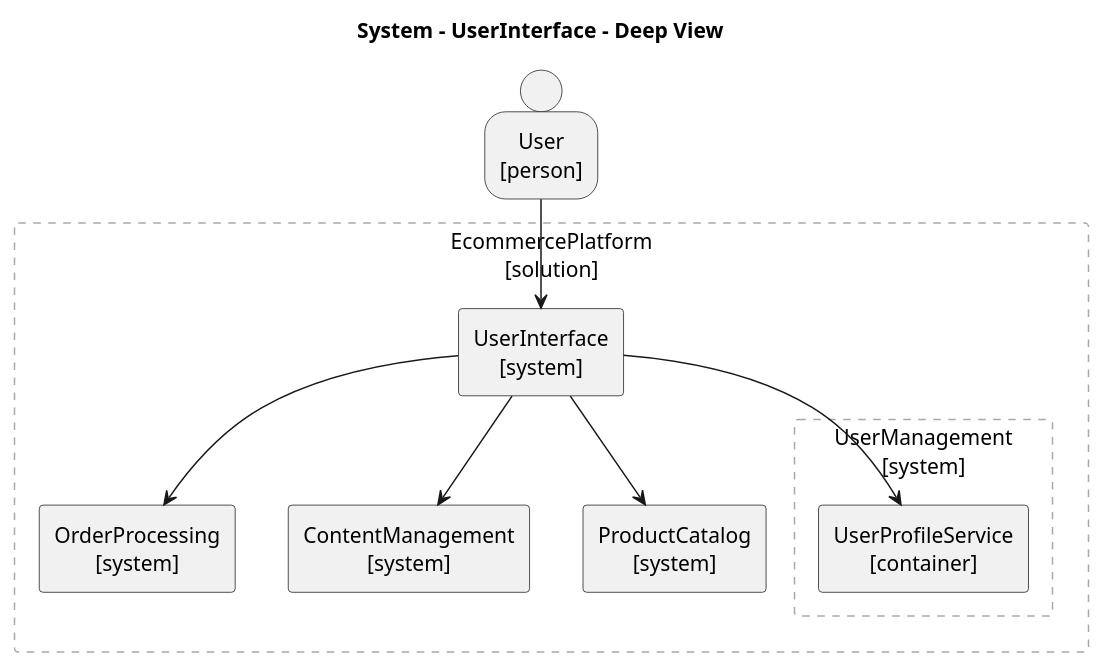
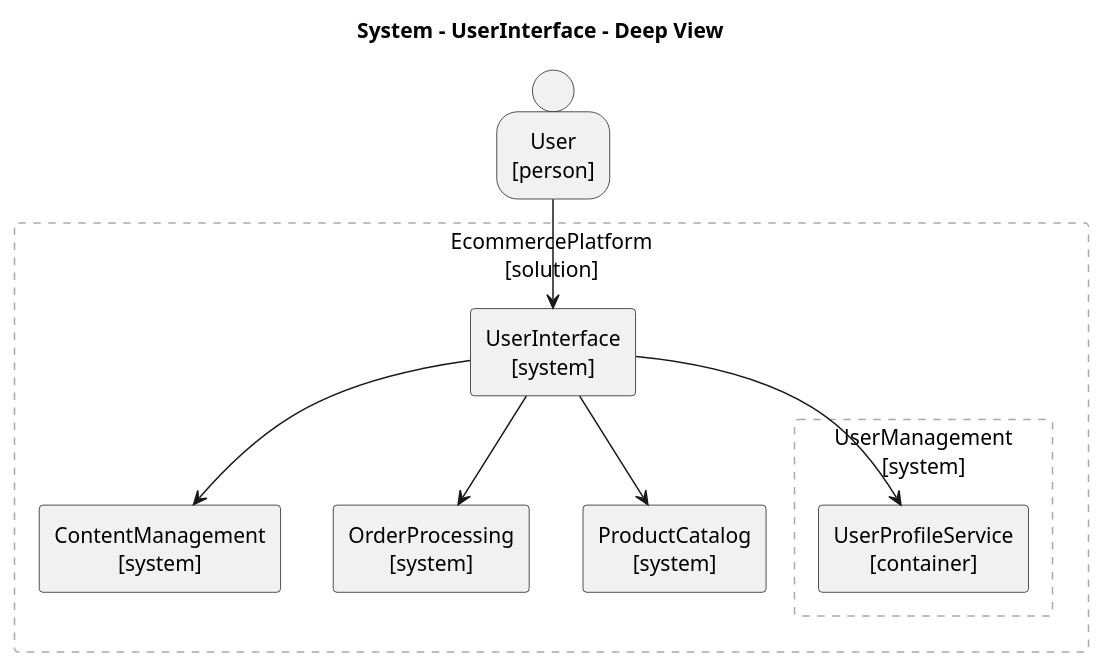
One commit to tmorin/archicode changed the diagram in src/doc/examples/design_example_step_3/views/plantuml/application/EcommercePlatform.UserInterface_deep.puml. Above: the diagram before and after it, drawn with PlantUML. The commit also changed other lines of this file and 37 other files, not shown here.

```diff
--- a/src/doc/examples/design_example_step_3/views/plantuml/application/EcommercePlatform.UserInterface_deep.puml
+++ b/src/doc/examples/design_example_step_3/views/plantuml/application/EcommercePlatform.UserInterface_deep.puml
@@ -1,49 +1,49 @@
 @startuml EcommercePlatform.UserInterface_deep
 title System - UserInterface - Deep View
 skinparam defaultTextAlignment center
 skinparam defaultTextAlignment<<atomic>> center
 skinparam wrapWidth 200
 skinparam maxMessageSize 150
 hide stereotype
 <style>
 .composite {
 BackgroundColor: transparent
 LineColor: darkgray
 LineStyle: 5
 FontStyle: normal
 }
 </style>
-person User <<atomic>> <<person>> [
-User
-[person]
+rectangle EcommercePlatform as "EcommercePlatform\n[solution]" <<composite>> {
+rectangle EcommercePlatform.ContentManagement <<system>> <<atomic>> [
+ContentManagement
+[system]
 ]
-rectangle EcommercePlatform as "EcommercePlatform\n[solution]" <<composite>> {
 rectangle EcommercePlatform.OrderProcessing <<system>> <<atomic>> [
 OrderProcessing
 [system]
 ]
-rectangle EcommercePlatform.ContentManagement <<system>> <<atomic>> [
-ContentManagement
+rectangle EcommercePlatform.ProductCatalog <<system>> <<atomic>> [
+ProductCatalog
 [system]
 ]
-rectangle EcommercePlatform.ProductCatalog <<system>> <<atomic>> [
-ProductCatalog
+rectangle EcommercePlatform.UserInterface <<system>> <<atomic>> [
+UserInterface
 [system]
 ]
 rectangle EcommercePlatform.UserManagement as "UserManagement\n[system]" <<composite>> {
 rectangle EcommercePlatform.UserManagement.UserProfileService <<container>> <<atomic>> [
 UserProfileService
 [container]
 ]
 }
-rectangle EcommercePlatform.UserInterface <<system>> <<atomic>> [
-UserInterface
-[system]
+}
+person User <<atomic>> <<person>> [
+User
+[person]
 ]
-}
 EcommercePlatform.UserInterface --> EcommercePlatform.ContentManagement
 EcommercePlatform.UserInterface --> EcommercePlatform.OrderProcessing
+EcommercePlatform.UserInterface --> EcommercePlatform.ProductCatalog
+EcommercePlatform.UserInterface --> EcommercePlatform.UserManagement.UserProfileService
 User --> EcommercePlatform.UserInterface
-EcommercePlatform.UserInterface --> EcommercePlatform.UserManagement.UserProfileService
-EcommercePlatform.UserInterface --> EcommercePlatform.ProductCatalog
 @enduml
```
